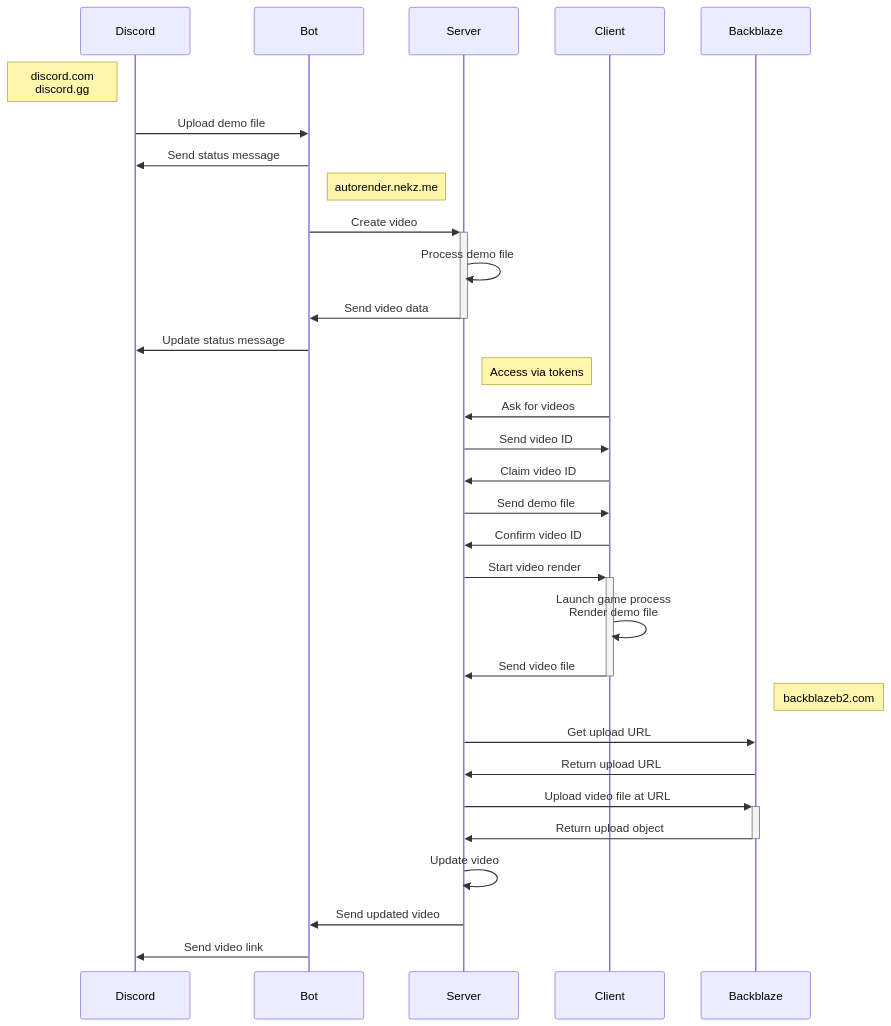
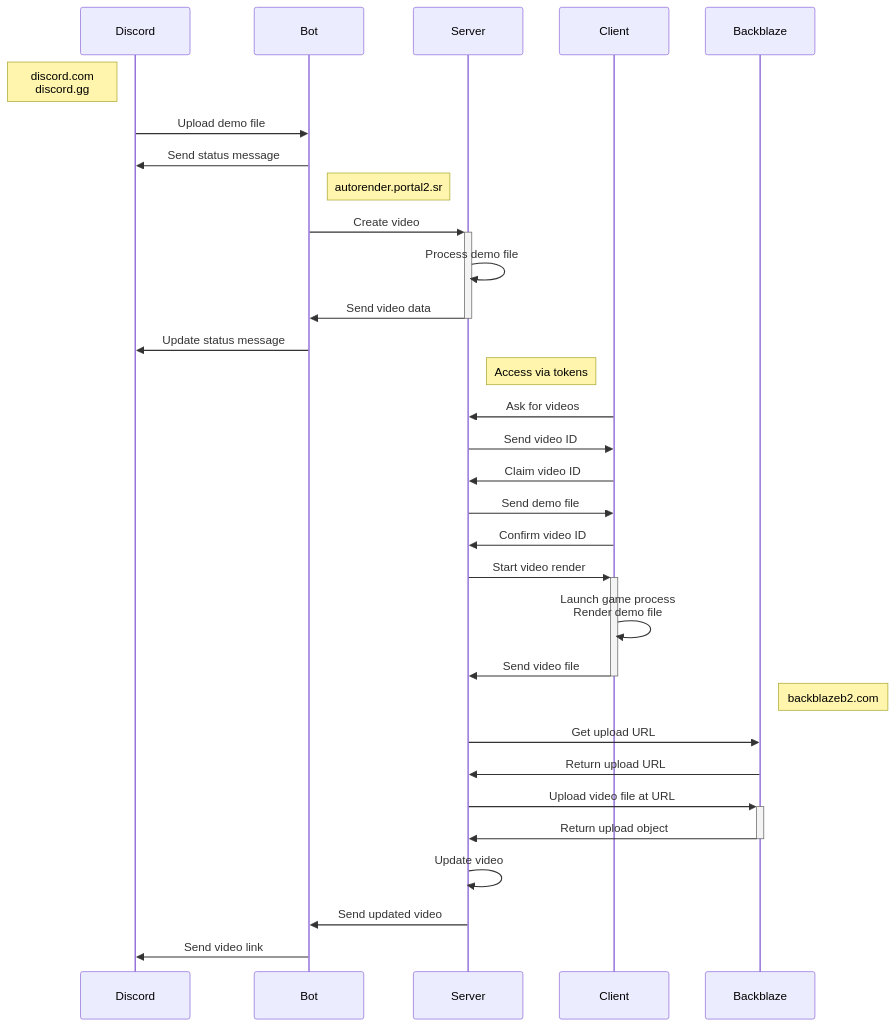
The diagram in README.md (NeKzor/autorender), drawn with Mermaid before and after one commit. The commit also changed 7 other files, not shown here.

````diff
--- a/README.md
+++ b/README.md
@@ -65,37 +65,37 @@
 ```mermaid
 sequenceDiagram
     participant Discord
     Note left of Discord: discord.com<br>discord.gg
     participant Bot
     participant Server
     participant Client
     participant Backblaze
 
     Discord->>Bot: Upload demo file
     Bot->>Discord: Send status message
 
-    Note right of Bot: autorender.nekz.me
+    Note right of Bot: autorender.portal2.sr
     Bot->>+Server: Create video
     Server->>Server: Process demo file
     Server->>-Bot: Send video data
     Bot->>Discord: Update status message
 
     Note left of Client: Access via tokens
     Client->>Server: Ask for videos
     Server->>Client: Send video ID
     Client->>Server: Claim video ID
     Server->>Client: Send demo file
     Client->>Server: Confirm video ID
     Server->>+Client: Start video render
     Client->>Client: Launch game process<br>Render demo file
     Client->>-Server: Send video file
 
     Note right of Backblaze: backblazeb2.com
     Server->>Backblaze: Get upload URL
     Backblaze->>Server: Return upload URL
     Server->>+Backblaze: Upload video file at URL
     Backblaze->>-Server: Return upload object
     Server->>Server: Update video
     Server->>Bot: Send updated video
     Bot->>Discord: Send video link
 ```
````
